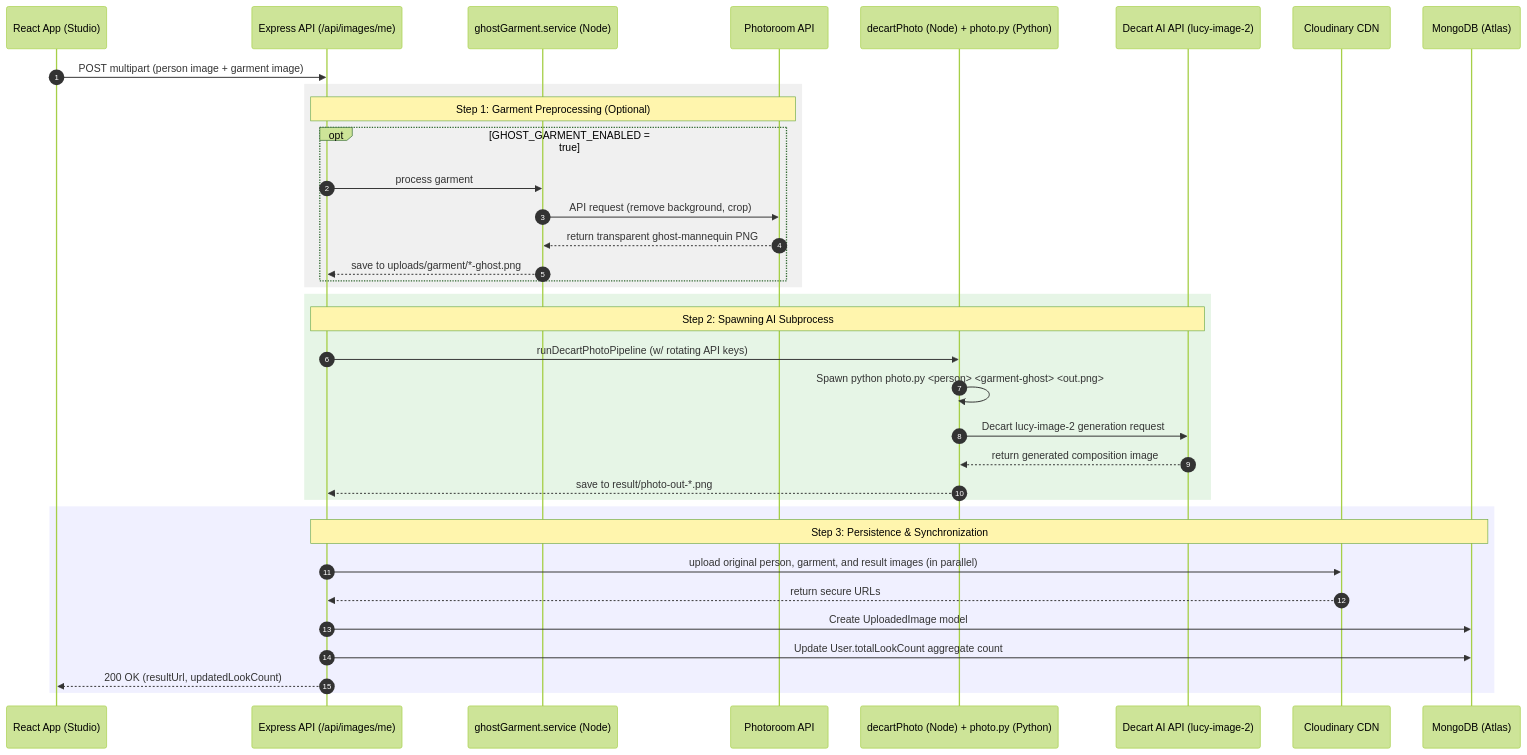
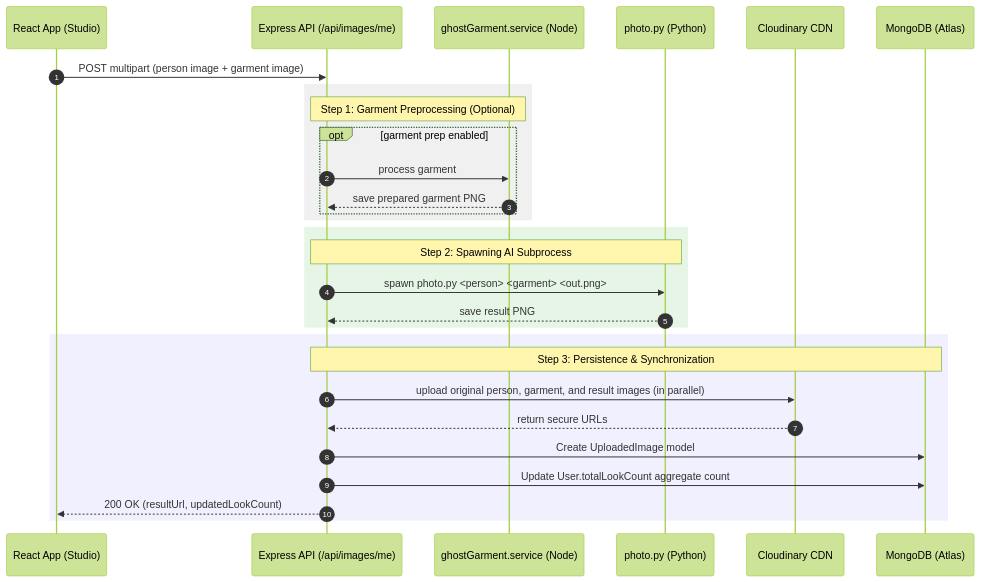
One commit to sweet-amrood/Weartual-latest changed the first of 2 diagrams in PROJECT_SUMMARY.md. Above: the diagram before and after it, drawn with Mermaid (forest theme). The commit also changed other lines of this file and 2 other files, not shown here.

````diff
--- a/PROJECT_SUMMARY.md
+++ b/PROJECT_SUMMARY.md
@@ -195,42 +179,35 @@
 ```mermaid
 sequenceDiagram
   autonumber
   participant Client as React App (Studio)
   participant API as Express API (/api/images/me)
   participant Ghost as ghostGarment.service (Node)
-  participant Photoroom as Photoroom API
-  participant PhotoPy as decartPhoto (Node) + photo.py (Python)
-  participant Decart as Decart AI API (lucy-image-2)
+  participant PhotoPy as photo.py (Python)
   participant Cloudinary as Cloudinary CDN
   participant DB as MongoDB (Atlas)
 
   Client->>API: POST multipart (person image + garment image)
-  
+
   rect rgb(240, 240, 240)
-    Note over API,Photoroom: Step 1: Garment Preprocessing (Optional)
-    opt GHOST_GARMENT_ENABLED = true
+    Note over API,Ghost: Step 1: Garment Preprocessing (Optional)
+    opt garment prep enabled
       API->>Ghost: process garment
-      Ghost->>Photoroom: API request (remove background, crop)
-      Photoroom-->>Ghost: return transparent ghost-mannequin PNG
-      Ghost-->>API: save to uploads/garment/*-ghost.png
+      Ghost-->>API: save prepared garment PNG
     end
   end
 
   rect rgb(230, 245, 230)
-    Note over API,Decart: Step 2: Spawning AI Subprocess
-    API->>PhotoPy: runDecartPhotoPipeline (w/ rotating API keys)
-    PhotoPy->>PhotoPy: Spawn python photo.py <person> <garment-ghost> <out.png>
-    PhotoPy->>Decart: Decart lucy-image-2 generation request
-    Decart-->>PhotoPy: return generated composition image
-    PhotoPy-->>API: save to result/photo-out-*.png
+    Note over API,PhotoPy: Step 2: Spawning AI Subprocess
+    API->>PhotoPy: spawn photo.py <person> <garment> <out.png>
+    PhotoPy-->>API: save result PNG
   end
 
   rect rgb(240, 240, 255)
     Note over API,DB: Step 3: Persistence & Synchronization
     API->>Cloudinary: upload original person, garment, and result images (in parallel)
     Cloudinary-->>API: return secure URLs
     API->>DB: Create UploadedImage model
     API->>DB: Update User.totalLookCount aggregate count
     API-->>Client: 200 OK (resultUrl, updatedLookCount)
   end
 ```
````
